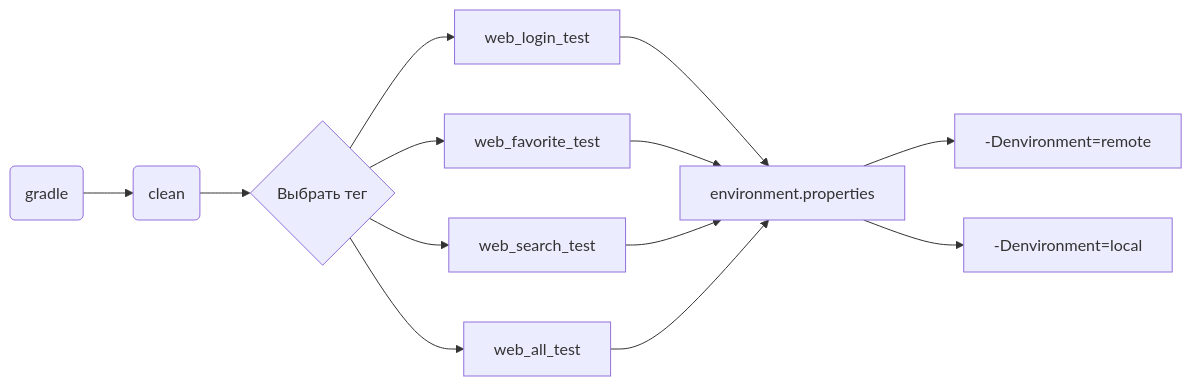
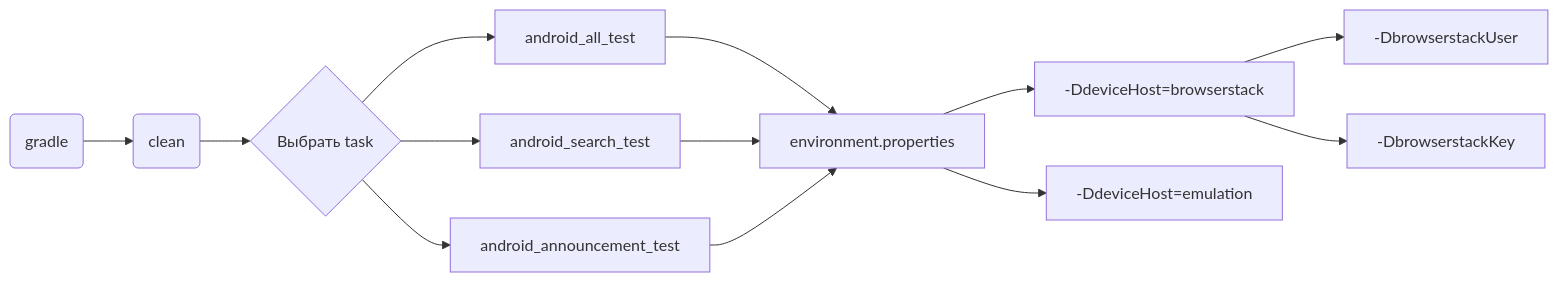
One commit to Kirbri/HW23DiplomaMobileProject changed the diagram in README.md. Above: the diagram before and after it, drawn with Mermaid. The commit also changed other lines of this file and 20 other files, not shown here.

````diff
--- a/README.md
+++ b/README.md
@@ -131,15 +133,15 @@
 ```mermaid 
 flowchart LR
     A(gradle) --> B(clean)
-    B --> C{Выбрать тег}
-    C --> D[web_login_test]
-    C --> E[web_favorite_test]
-    C --> F[web_search_test]
-    C --> G[web_all_test]
-    D --> H[environment.properties]
-    E --> H[environment.properties]
-    F --> H[environment.properties]
-    G --> H[environment.properties]
-    H --> J[-Denvironment=remote]
-    H --> K[-Denvironment=local]
+    B --> C{Выбрать task}
+    C --> D[android_all_test]
+    C --> E[android_search_test]
+    C --> F[android_announcement_test]
+    D --> G[environment.properties]
+    E --> G[environment.properties]
+    F --> G[environment.properties]
+    G --> H[-DdeviceHost=browserstack]
+    G --> I[-DdeviceHost=emulation]
+    H --> J[-DbrowserstackUser]
+    H --> K[-DbrowserstackKey]
 ```
````
